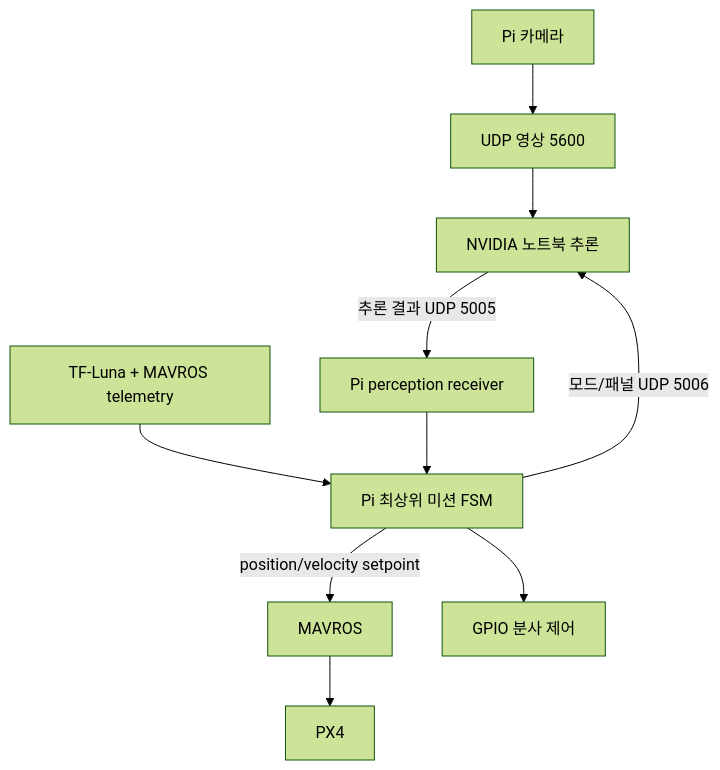
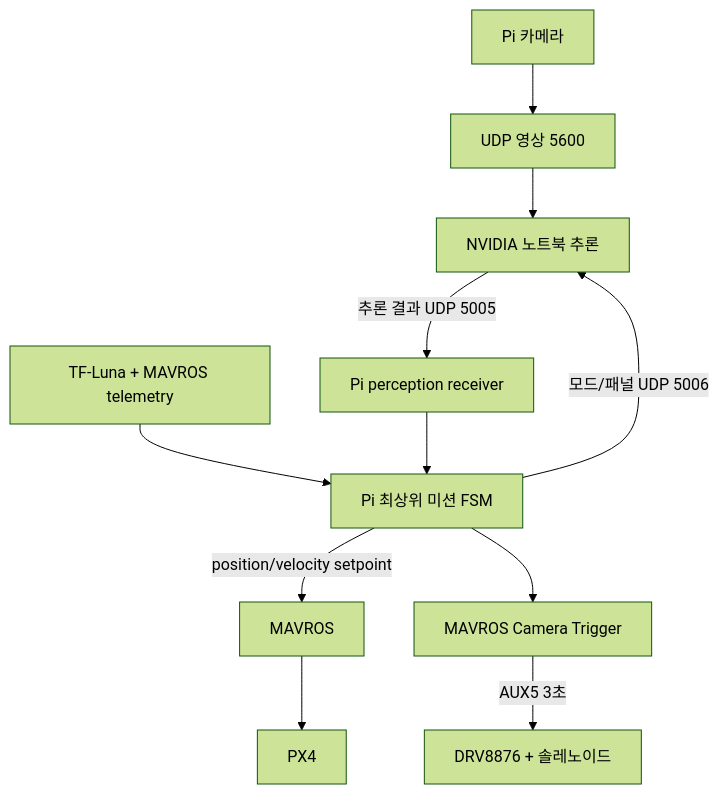
Before and after one commit to KiHyeonLee1121/da-daka_Ai: the diagram in README.md, drawn with Mermaid (forest theme). The commit also changed other lines of this file and 20 other files, not shown here.

Commit message:
Implement Pixhawk autonomous cleaning sequence

````diff
--- a/README.md
+++ b/README.md
@@ -59,12 +68,13 @@
 ```mermaid
 flowchart TB
     Camera["Pi 카메라"] --> Stream["UDP 영상 5600"]
     Stream --> Laptop["NVIDIA 노트북 추론"]
     Laptop -->|"추론 결과 UDP 5005"| Receiver["Pi perception receiver"]
     Sensors["TF-Luna + MAVROS telemetry"] --> Mission["Pi 최상위 미션 FSM"]
     Receiver --> Mission
     Mission -->|"position/velocity setpoint"| MAVROS
     MAVROS --> PX4
-    Mission --> Spray["GPIO 분사 제어"]
+    Mission --> Spray["MAVROS Camera Trigger"]
+    Spray -->|"AUX5 3초"| Driver["DRV8876 + 솔레노이드"]
     Mission -->|"모드/패널 UDP 5006"| Laptop
 ```
````
